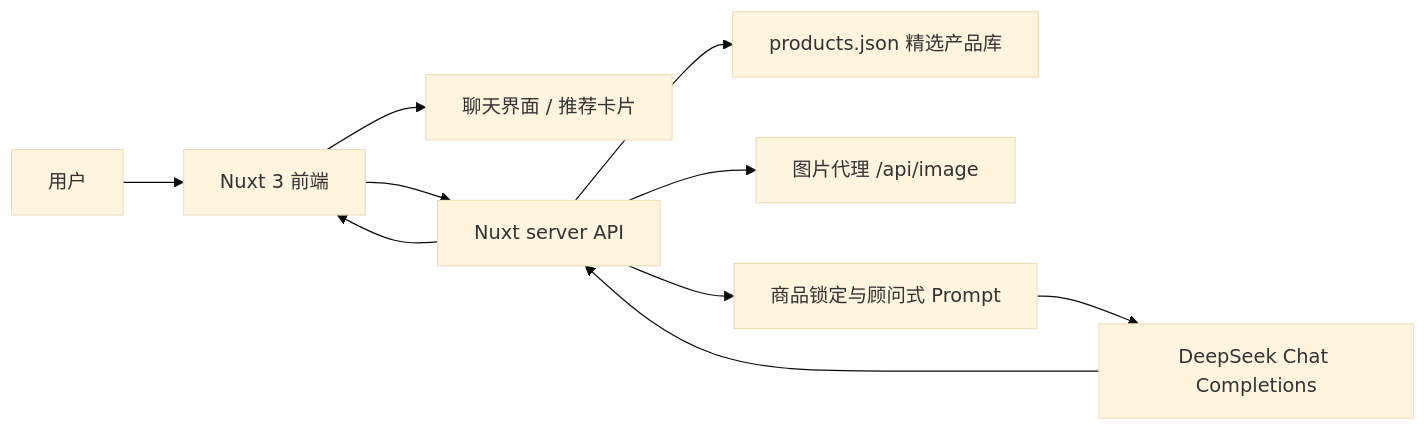
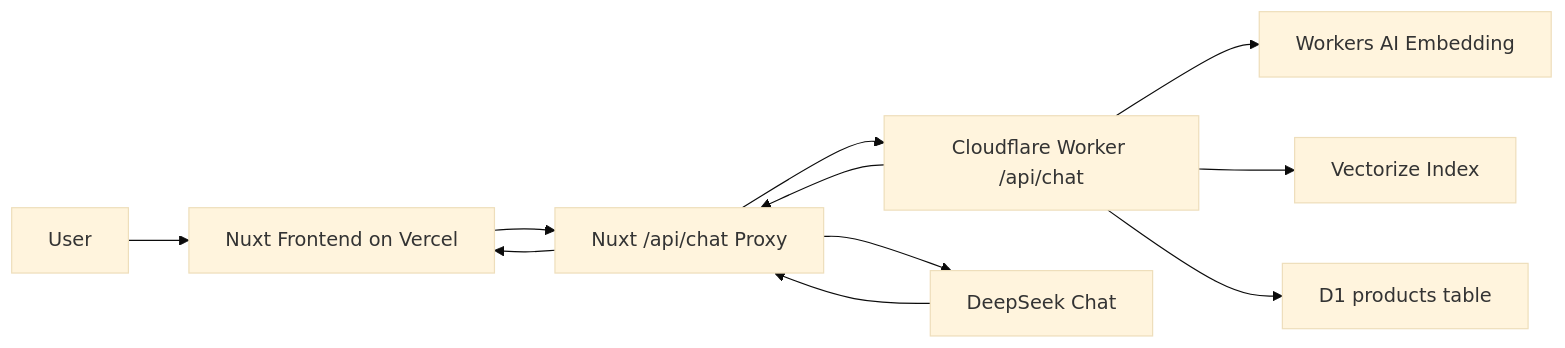
Before and after one commit to abobb414/Retail-AI-Agent: the diagram in README.md, drawn with Mermaid (base theme). The commit also changed other lines of this file and 2 other files, not shown here.

````diff
--- a/README.md
+++ b/README.md
@@ -203,12 +35,13 @@
 ```mermaid
 flowchart LR
-    U["用户"] --> F["Nuxt 3 前端"]
-    F --> C["聊天界面 / 推荐卡片"]
-    F --> A["Nuxt server API"]
-    A --> P["products.json 精选产品库"]
-    A --> I["图片代理 /api/image"]
-    A --> M["商品锁定与顾问式 Prompt"]
-    M --> O["DeepSeek Chat Completions"]
-    O --> A
-    A --> F
+    U["User"] --> V["Nuxt Frontend on Vercel"]
+    V --> N["Nuxt /api/chat Proxy"]
+    N --> W["Cloudflare Worker /api/chat"]
+    W --> AI["Workers AI Embedding"]
+    W --> VX["Vectorize Index"]
+    W --> D1["D1 products table"]
+    W --> N
+    N --> DS["DeepSeek Chat"]
+    DS --> N
+    N --> V
 ```
````
